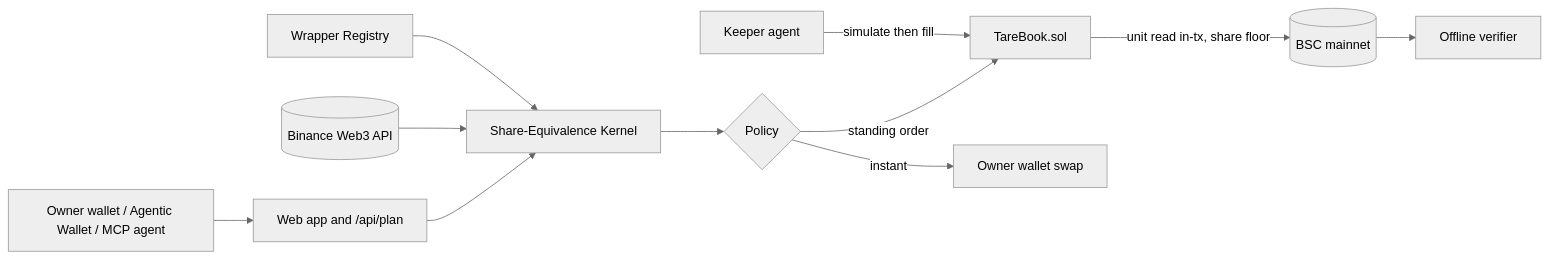
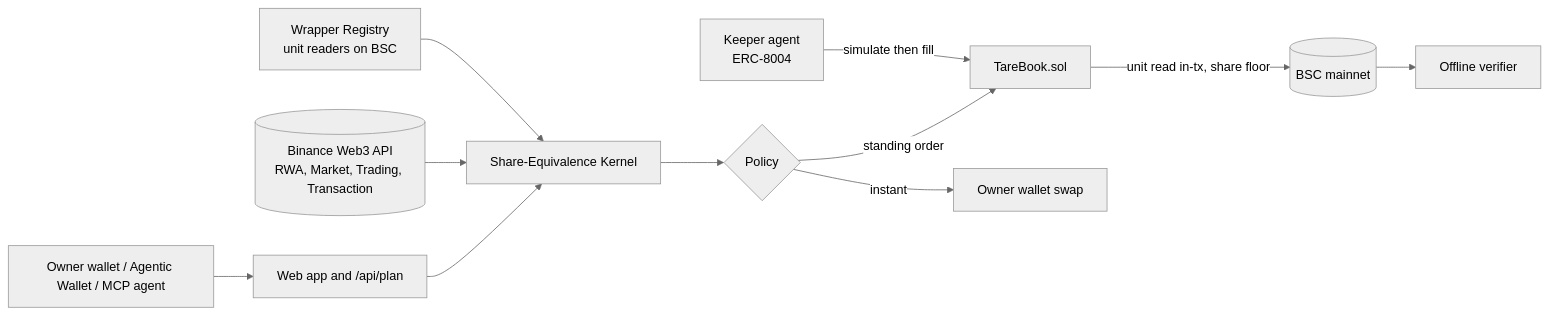
The first of 2 diagrams in docs/templates/README.template.md (0xkinno/tare), drawn with Mermaid (neutral theme) before and after one commit. The commit also changed other lines of this file and 72 other files, not shown here.

````diff
--- a/docs/templates/README.template.md
+++ b/docs/templates/README.template.md
@@ -78,13 +162,13 @@
 ```mermaid
 flowchart LR
   U[Owner wallet / Agentic Wallet / MCP agent] --> W[Web app and /api/plan]
   W --> K[Share-Equivalence Kernel]
-  B[(Binance Web3 API)] --> K
-  R[Wrapper Registry] --> K
+  B[(Binance Web3 API<br/>RWA, Market, Trading, Transaction)] --> K
+  R[Wrapper Registry<br/>unit readers on BSC] --> K
   K --> P{Policy}
   P -- standing order --> TB[TareBook.sol]
   P -- instant --> SW[Owner wallet swap]
-  KP[Keeper agent] -->|simulate then fill| TB
+  KP[Keeper agent<br/>ERC-8004] -->|simulate then fill| TB
   TB -->|unit read in-tx, share floor| CH[(BSC mainnet)]
   CH --> V[Offline verifier]
 ```
````
